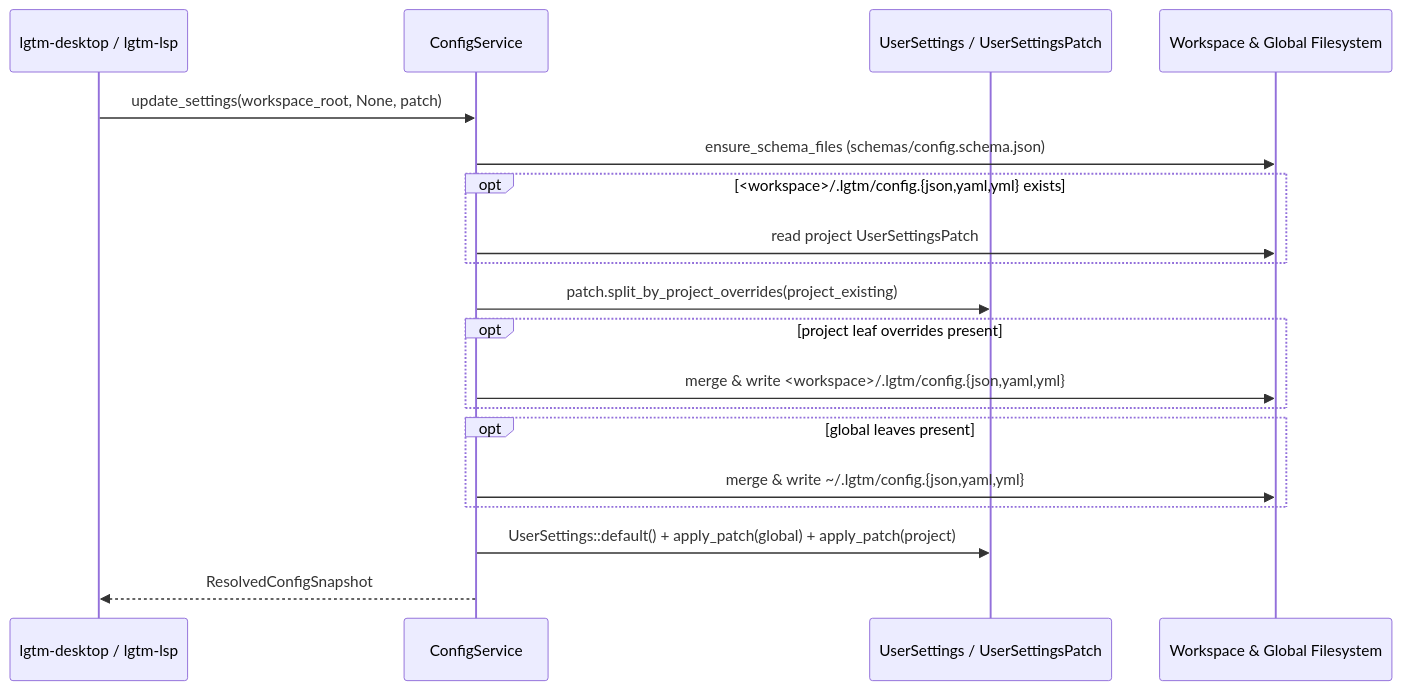
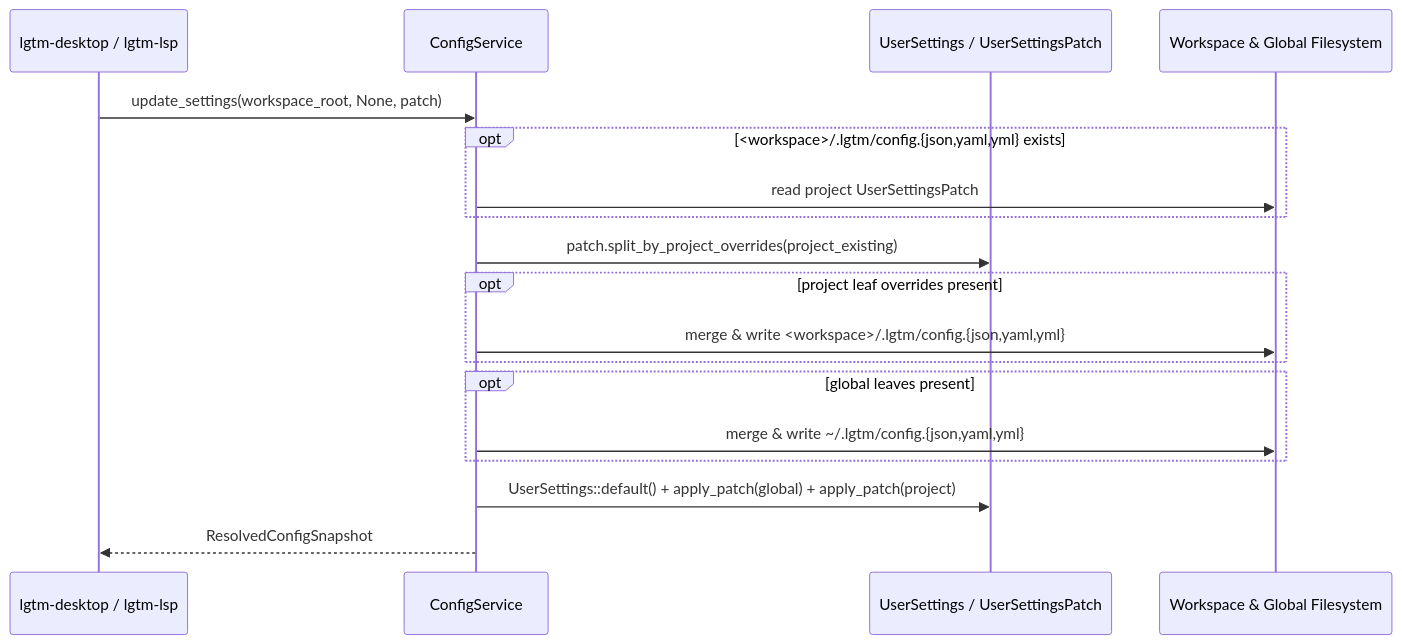
Before and after one commit to difflab-io/lgtm: the second of 2 diagrams in docs/architecture/config/index.md, drawn with Mermaid. The commit also changed other lines of this file and 20 other files, not shown here.

Commit message:
refactor(config): add LineWrap, root schema via jsDelivr, SettingsService, and mise.toml tasks

````diff
--- a/docs/architecture/config/index.md
+++ b/docs/architecture/config/index.md
@@ -87,22 +87,21 @@
 ```mermaid
 sequenceDiagram
     participant Caller as lgtm-desktop / lgtm-lsp
     participant CfgSvc as ConfigService
     participant Settings as UserSettings / UserSettingsPatch
     participant Disk as Workspace & Global Filesystem
 
     Caller->>CfgSvc: update_settings(workspace_root, None, patch)
-    CfgSvc->>Disk: ensure_schema_files (schemas/config.schema.json)
     opt <workspace>/.lgtm/config.{json,yaml,yml} exists
         CfgSvc->>Disk: read project UserSettingsPatch
     end
     CfgSvc->>Settings: patch.split_by_project_overrides(project_existing)
     opt project leaf overrides present
         CfgSvc->>Disk: merge & write <workspace>/.lgtm/config.{json,yaml,yml}
     end
     opt global leaves present
         CfgSvc->>Disk: merge & write ~/.lgtm/config.{json,yaml,yml}
     end
     CfgSvc->>Settings: UserSettings::default() + apply_patch(global) + apply_patch(project)
     CfgSvc-->>Caller: ResolvedConfigSnapshot
 ```
````
